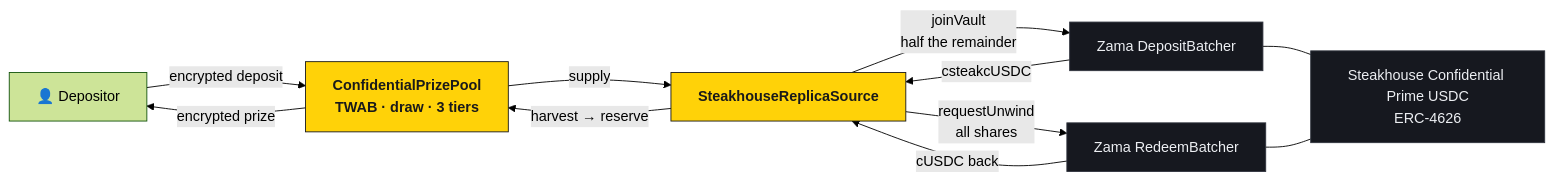
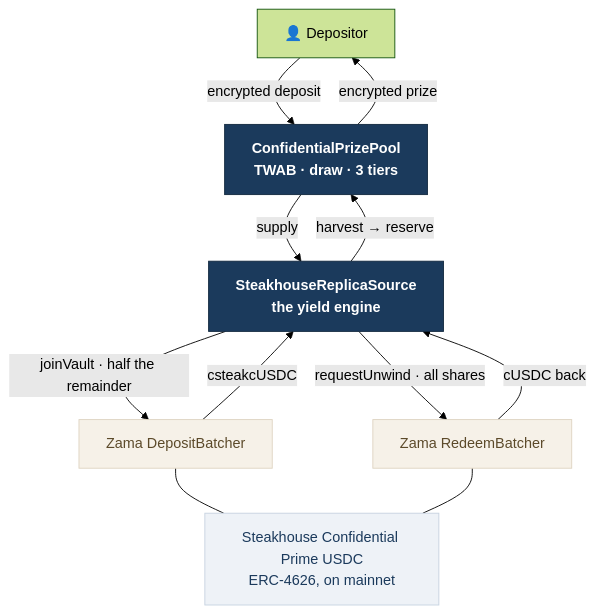
Before and after one commit to Himess/savetogether: the first of 4 diagrams in README.md, drawn with Mermaid (forest theme). The commit also changed other lines of this file and 12 other files, not shown here.

````diff
--- a/README.md
+++ b/README.md
@@ -184,17 +184,30 @@
 ```mermaid
-graph LR
-    U["👤 Depositor"] -->|"encrypted deposit"| P["ConfidentialPrizePool<br/>TWAB · draw · 3 tiers"]
-    P -->|"supply"| S["SteakhouseReplicaSource"]
-    S -->|"joinVault<br/>half the remainder"| DB["Zama DepositBatcher"]
+%% Top-to-bottom on purpose. As `graph LR` this was an eleven-node chain that
+%% GitHub scaled to fit the README column, which made every label unreadable —
+%% a diagram nobody can read is worse than a paragraph.
+flowchart TB
+    U["👤 Depositor"]
+    P["<b>ConfidentialPrizePool</b><br/>TWAB · draw · 3 tiers"]
+    S["<b>SteakhouseReplicaSource</b><br/>the yield engine"]
+    DB["Zama DepositBatcher"]
+    RB["Zama RedeemBatcher"]
+    V["Steakhouse Confidential Prime USDC<br/>ERC-4626, on mainnet"]
+
+    U -->|"encrypted deposit"| P
+    P -->|"supply"| S
+    S -->|"joinVault · half the remainder"| DB
     DB -->|"csteakcUSDC"| S
-    S -->|"requestUnwind<br/>all shares"| RB["Zama RedeemBatcher"]
+    S -->|"requestUnwind · all shares"| RB
     RB -->|"cUSDC back"| S
-    DB --- V["Steakhouse Confidential Prime USDC<br/>ERC-4626"]
+    DB --- V
     RB --- V
     S -->|"harvest → reserve"| P
     P -->|"encrypted prize"| U
-    classDef ours fill:#ffd208,stroke:#1a1a1a,color:#1a1a1a,font-weight:bold;
-    classDef zama fill:#16181f,stroke:#2f333d,color:#eceef2;
+
+    classDef ours fill:#1b3a5c,stroke:#12293f,color:#ffffff,font-weight:bold;
+    classDef zama fill:#f6f1e8,stroke:#ded3c0,color:#5c4a2a;
+    classDef vault fill:#eef2f7,stroke:#c6d2e0,color:#1b3a5c;
     class P,S ours;
-    class DB,RB,V zama;
+    class DB,RB zama;
+    class V vault;
 ```
````
